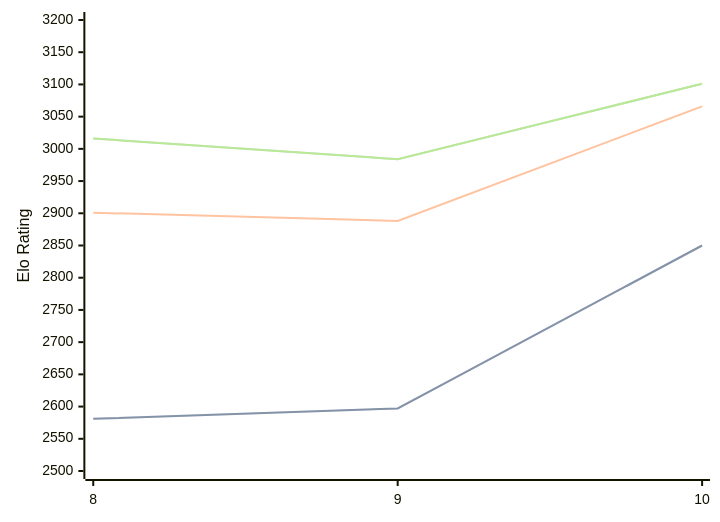
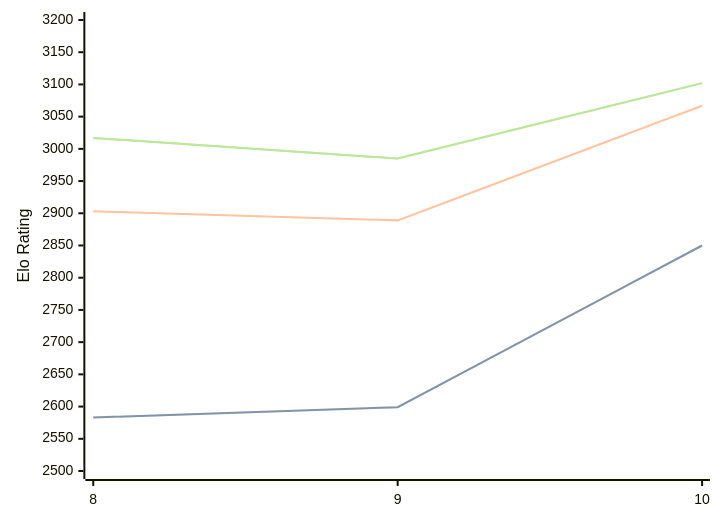
The diagram in engines/Lozza.md (computer-chess-index/cci), drawn with Mermaid before and after one commit. The commit also changed other lines of this file, not shown here.

Commit message:
Update CCI Ratings (ELO VLTC) - 2026-06-11

````diff
--- a/engines/Lozza.md
+++ b/engines/Lozza.md
@@ -41,11 +41,11 @@
 ```mermaid
 %%{init: {"theme":"base","themeVariables":{"seriesColors:['#a3a3a3','#222221','#faa371']}}}%%
 xychart-beta
   x-axis ["8", "9", "10"]
   y-axis "Elo Rating" 2500 --> 3200
-  line "STC (8.0+0.08s)" [2581, 2597, 2850]
-  line "STC (8.0+0.08s)" [2581, 2597, 2850]
-  line "LTC (60.0+0.60s)" [2901, 2888, 3066]
-  line "VLTC (2m24s+1.12s)" [3016, 2984, 3101]
-  line "VLTC (2m24s+1.12s)" [3016, 2984, 3101]
+  line "STC (8.0+0.08s)" [2583, 2599, 2850]
+  line "STC (8.0+0.08s)" [2583, 2599, 2850]
+  line "LTC (60.0+0.60s)" [2903, 2889, 3067]
+  line "VLTC (2m24s+1.12s)" [3017, 2985, 3102]
+  line "VLTC (2m24s+1.12s)" [3017, 2985, 3102]
 ```
````
